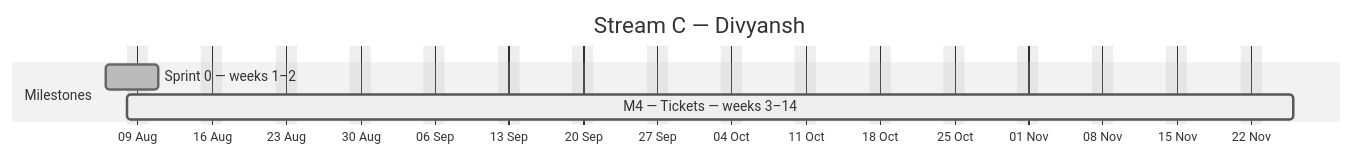
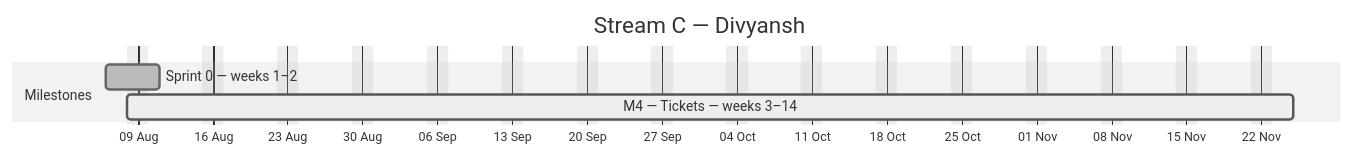
One commit to debashisedunext/EduTrack changed the third of 4 diagrams in docs/plan/GANTT.md. Above: the diagram before and after it, drawn with Mermaid (neutral theme). The commit also changed other lines of this file and 3 other files, not shown here.

````diff
--- a/docs/plan/GANTT.md
+++ b/docs/plan/GANTT.md
@@ -153,10 +153,10 @@
 ```mermaid
 gantt
     dateFormat YYYY-MM-DD
     axisFormat %d %b
     title Stream C — Divyansh
     excludes weekends
     section Milestones
     Sprint 0 — weeks 1–2 :done, c0, 2026-08-06, 3d
-    M4 — Tickets — weeks 3–14 :active, c1, 2026-08-08, 79d
+    M4 — Tickets — weeks 3–14 :active, c1, 2026-08-08, 78d
 ```
````
